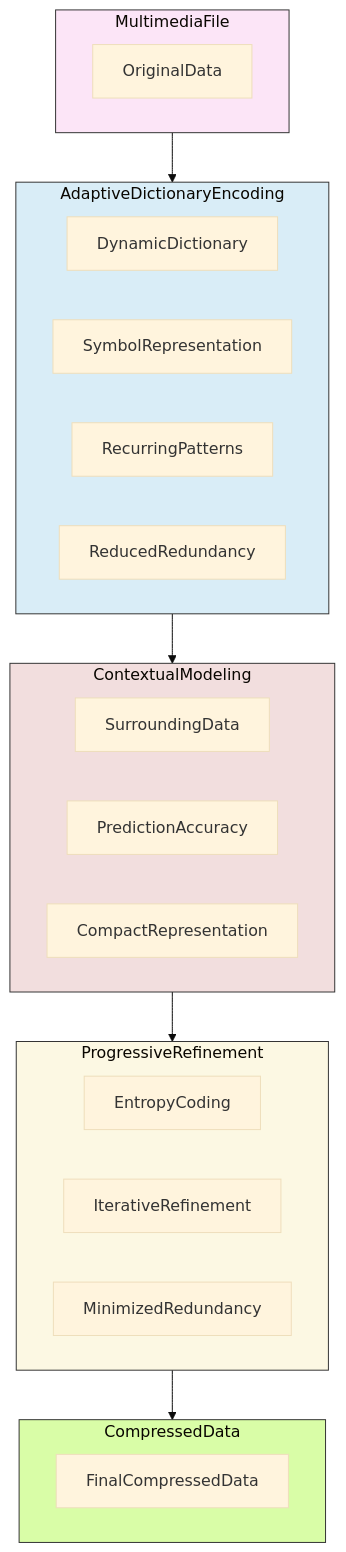
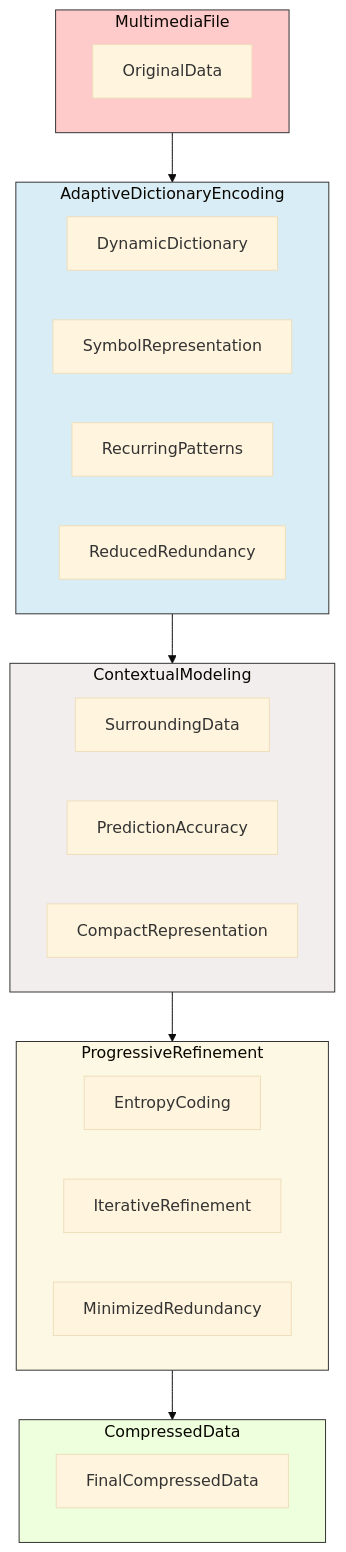
Before and after one commit to aryanv8/notes: the fifth of 5 diagrams in Compression Techniques.md, drawn with Mermaid (base theme). The commit also changed other lines of this file and 4 other files, not shown here.

````diff
--- a/Compression Techniques.md
+++ b/Compression Techniques.md
@@ -192,40 +192,40 @@
 ```mermaid
-graph TB
+graph TD
   subgraph MultimediaFile
-    style MultimediaFile fill:#fce5f7,stroke:#333
+    style MultimediaFile fill:#ffcaca,stroke:#333
     OriginalData
   end
 
   subgraph AdaptiveDictionaryEncoding
     style AdaptiveDictionaryEncoding fill:#d9edf7,stroke:#333
     DynamicDictionary
     SymbolRepresentation
     RecurringPatterns
     ReducedRedundancy
   end
 
   subgraph ContextualModeling
-    style ContextualModeling fill:#f2dede,stroke:#333
+    style ContextualModeling fill:#f2eeee,stroke:#333
     SurroundingData
     PredictionAccuracy
     CompactRepresentation
   end
 
   subgraph ProgressiveRefinement
     style ProgressiveRefinement fill:#fcf8e3,stroke:#333
     EntropyCoding
     IterativeRefinement
     MinimizedRedundancy
   end
 
   subgraph CompressedData
-    style CompressedData fill:#d9fda7,stroke:#333
+    style CompressedData fill:#edffdd,stroke:#333
     FinalCompressedData
   end
 
   MultimediaFile --> AdaptiveDictionaryEncoding
   AdaptiveDictionaryEncoding --> ContextualModeling
   ContextualModeling --> ProgressiveRefinement
   ProgressiveRefinement --> CompressedData
 
 ```
````
